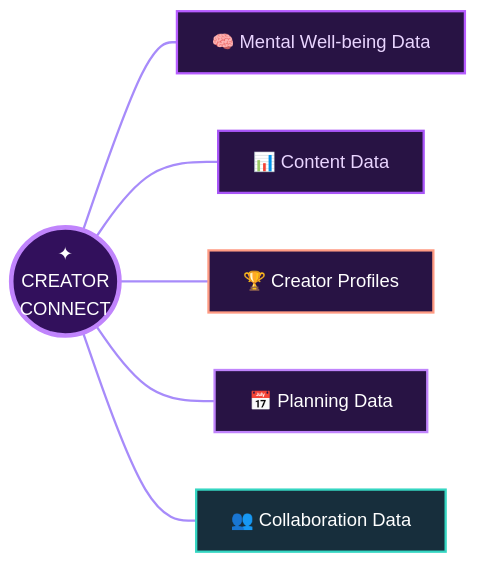
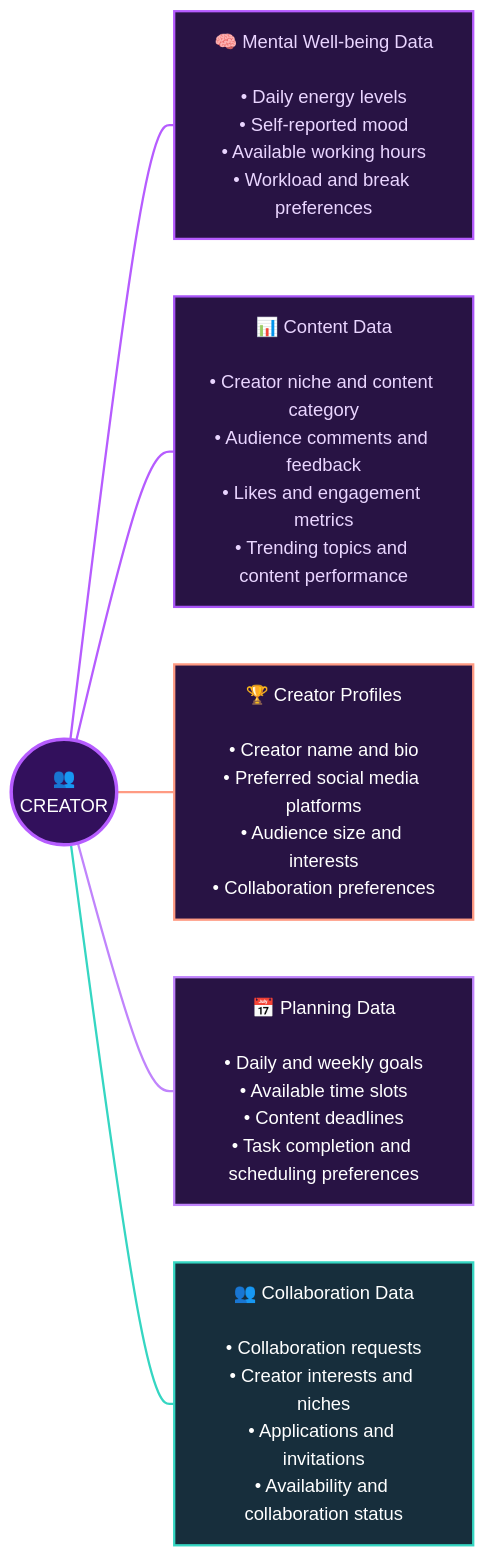
Before and after one commit to farinaahamed06gif/creator-connect-: the second of 2 diagrams in README.md, drawn with Mermaid. The commit also changed other lines of this file, not shown here.

````diff
--- a/README.md
+++ b/README.md
@@ -84,26 +82,33 @@
 ```mermaid
 flowchart LR
-    A(("✦<br/>CREATOR<br/>CONNECT"))
+    A(("👥<br/>CREATOR"))
 
-    A --- B["🧠 Mental Well-being Data"]
-    A --- C["📊 Content Data"]
-    A --- D["🏆 Creator Profiles"]
-    A --- E["📅 Planning Data"]
-    A --- F["👥 Collaboration Data"]
+    A --- B["🧠 Mental Well-being Data<br/><br/>• Daily energy levels<br/>• Self-reported mood<br/>• Available working hours<br/>• Workload and break preferences"]
 
-    classDef center fill:#32105C,stroke:#C084FC,color:#FFFFFF,stroke-width:4px
+    A --- C["📊 Content Data<br/><br/>• Creator niche and content category<br/>• Audience comments and feedback<br/>• Likes and engagement metrics<br/>• Trending topics and content performance"]
+
+    A --- D["🏆 Creator Profiles<br/><br/>• Creator name and bio<br/>• Preferred social media platforms<br/>• Audience size and interests<br/>• Collaboration preferences"]
+
+    A --- E["📅 Planning Data<br/><br/>• Daily and weekly goals<br/>• Available time slots<br/>• Content deadlines<br/>• Task completion and scheduling preferences"]
+
+    A --- F["👥 Collaboration Data<br/><br/>• Collaboration requests<br/>• Creator interests and niches<br/>• Applications and invitations<br/>• Availability and collaboration status"]
+
+    classDef center fill:#32105C,stroke:#B65CFF,color:#FFFFFF,stroke-width:3px
     classDef mental fill:#281344,stroke:#B65CFF,color:#E9D5FF,stroke-width:2px
     classDef content fill:#281344,stroke:#A855F7,color:#E9D5FF,stroke-width:2px
     classDef profile fill:#281344,stroke:#FF9B83,color:#FFFFFF,stroke-width:2px
     classDef planning fill:#281344,stroke:#C084FC,color:#FFFFFF,stroke-width:2px
     classDef collab fill:#172E3C,stroke:#35D6C2,color:#FFFFFF,stroke-width:2px
 
     class A center
     class B mental
     class C content
     class D profile
     class E planning
     class F collab
 
-    linkStyle default stroke:#A78BFA,stroke-width:2px
+    linkStyle 0,1 stroke:#B65CFF,stroke-width:2px
+    linkStyle 2 stroke:#FF9B83,stroke-width:2px
+    linkStyle 3 stroke:#C084FC,stroke-width:2px
+    linkStyle 4 stroke:#35D6C2,stroke-width:2px
 ```
````
